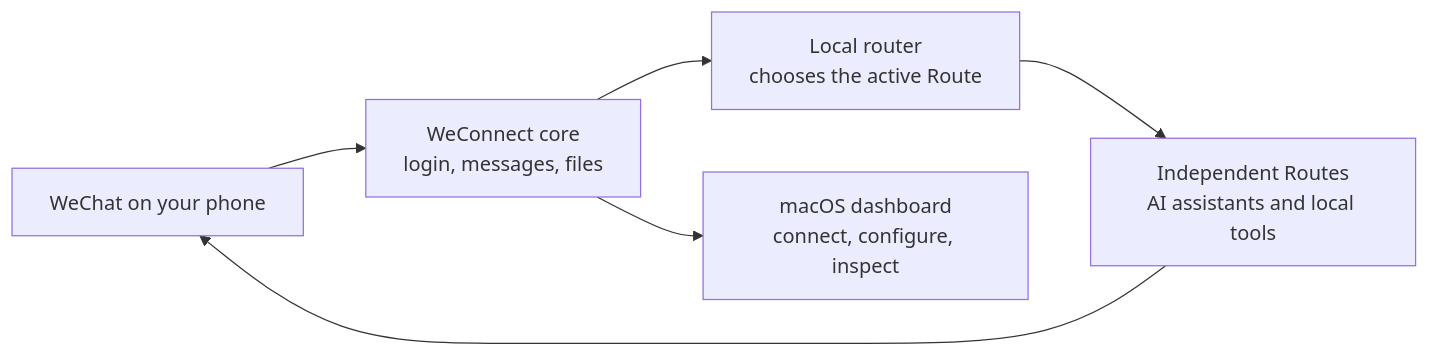
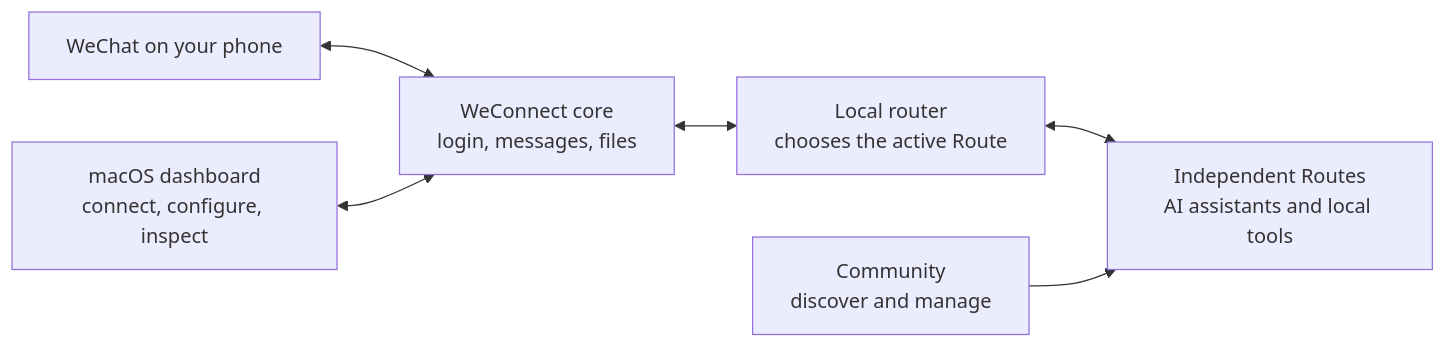
One commit to WillbsoluteVodka/wechat2all changed the diagram in README.md. Above: the diagram before and after it, drawn with Mermaid. The commit also changed other lines of this file and 1 other file, not shown here.

Commit message:
Highlight Community route flexibility

````diff
--- a/README.md
+++ b/README.md
@@ -81,8 +109,8 @@
 ```mermaid
 flowchart LR
-  W["WeChat on your phone"] --> C["WeConnect core<br/>login, messages, files"]
-  C --> R["Local router<br/>chooses the active Route"]
-  R --> P["Independent Routes<br/>AI assistants and local tools"]
-  C --> D["macOS dashboard<br/>connect, configure, inspect"]
-  P --> W
+  W["WeChat on your phone"] <--> C["WeConnect core<br/>login, messages, files"]
+  C <--> R["Local router<br/>chooses the active Route"]
+  R <--> P["Independent Routes<br/>AI assistants and local tools"]
+  M["Community<br/>discover and manage"] --> P
+  D["macOS dashboard<br/>connect, configure, inspect"] <--> C
 ```
````
